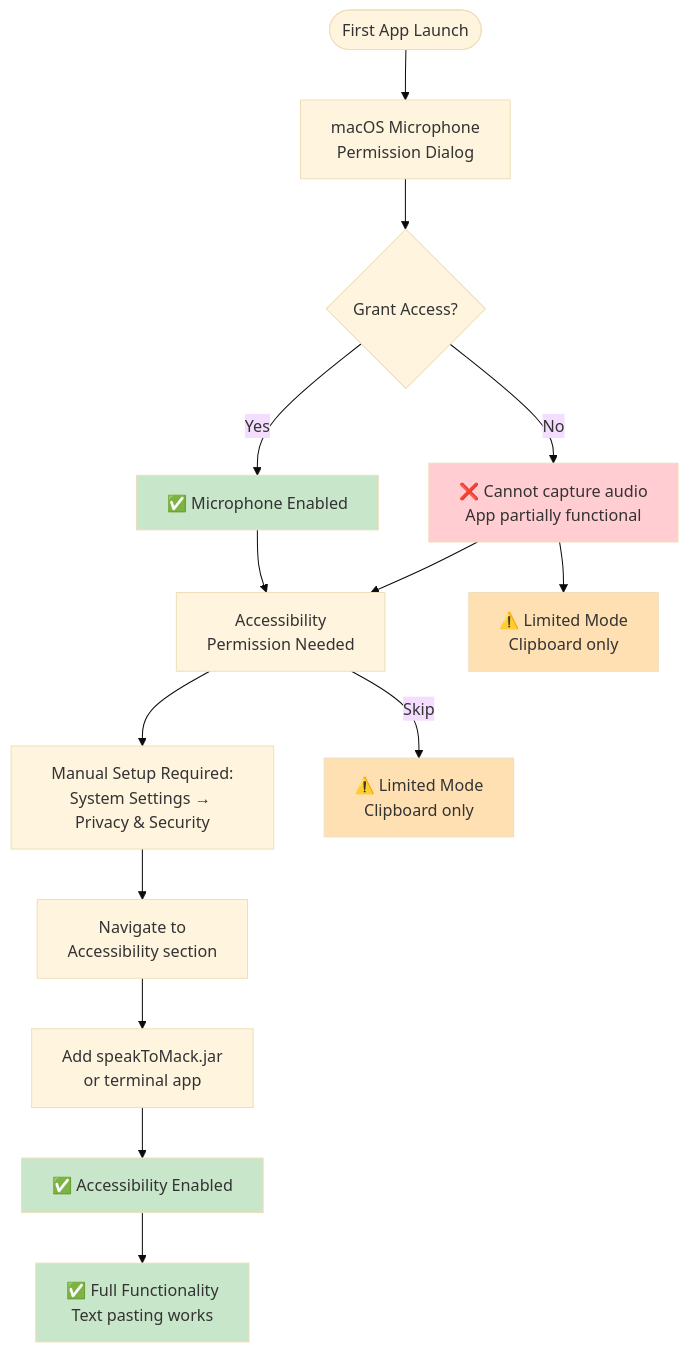
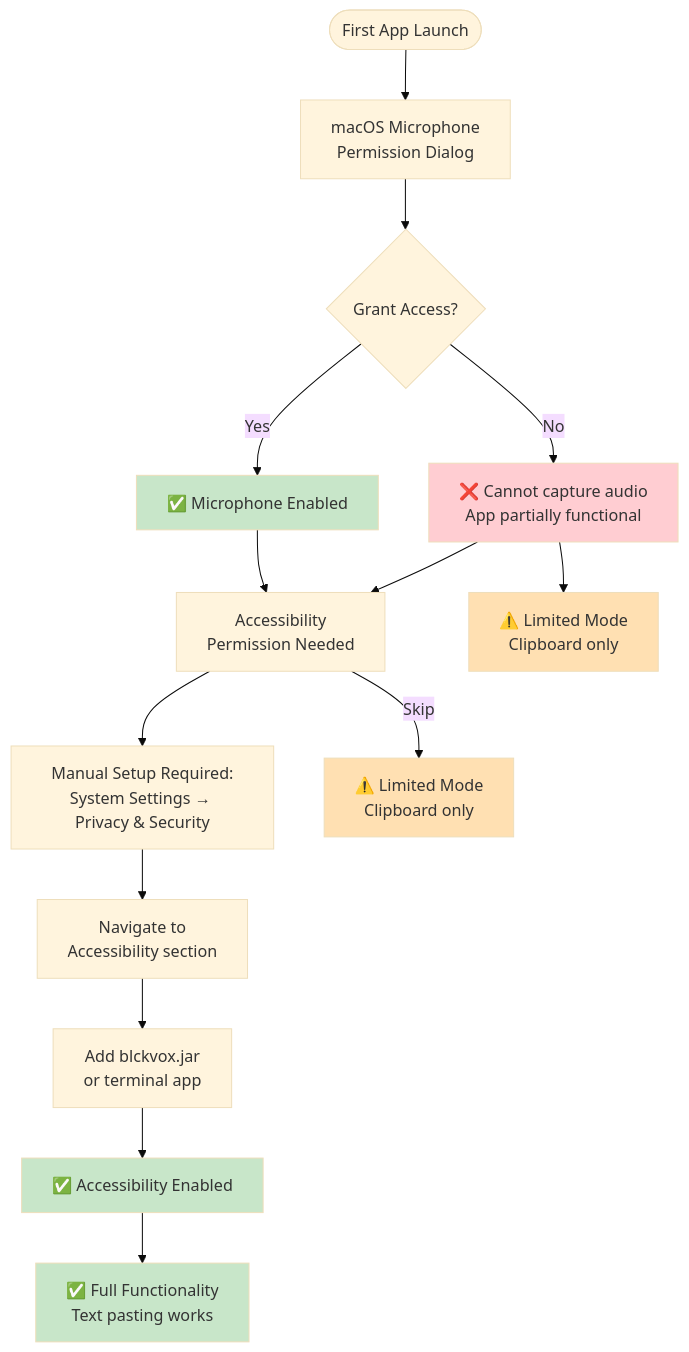
Before and after one commit to phillippitts/speakToMack: the ninth of 14 diagrams in docs/diagrams/user-journey.md, drawn with Mermaid (base theme). The commit also changed other lines of this file and 482 other files, not shown here.

````diff
--- a/docs/diagrams/user-journey.md
+++ b/docs/diagrams/user-journey.md
@@ -240,29 +240,29 @@
 ```mermaid
 flowchart TB
     Start([First App Launch]) --> Mic[macOS Microphone<br/>Permission Dialog]
 
     Mic --> Allow1{Grant Access?}
     Allow1 -->|Yes| MicGranted[✅ Microphone Enabled]
     Allow1 -->|No| MicDenied[❌ Cannot capture audio<br/>App partially functional]
 
     MicGranted --> AccPrompt[Accessibility<br/>Permission Needed]
     MicDenied --> AccPrompt
 
     AccPrompt --> Manual[Manual Setup Required:<br/>System Settings → Privacy & Security]
 
     Manual --> AccSettings[Navigate to<br/>Accessibility section]
-    AccSettings --> AddApp[Add speakToMack.jar<br/>or terminal app]
+    AccSettings --> AddApp[Add blckvox.jar<br/>or terminal app]
     AddApp --> AccGranted[✅ Accessibility Enabled]
 
     AccGranted --> FullFunc[✅ Full Functionality<br/>Text pasting works]
 
     MicDenied --> Limited1[⚠️ Limited Mode<br/>Clipboard only]
     AccPrompt -->|Skip| Limited2[⚠️ Limited Mode<br/>Clipboard only]
 
     style MicGranted fill:#c8e6c9
     style AccGranted fill:#c8e6c9
     style FullFunc fill:#c8e6c9
     style MicDenied fill:#ffcdd2
     style Limited1 fill:#ffe0b2
     style Limited2 fill:#ffe0b2
 ```
````
